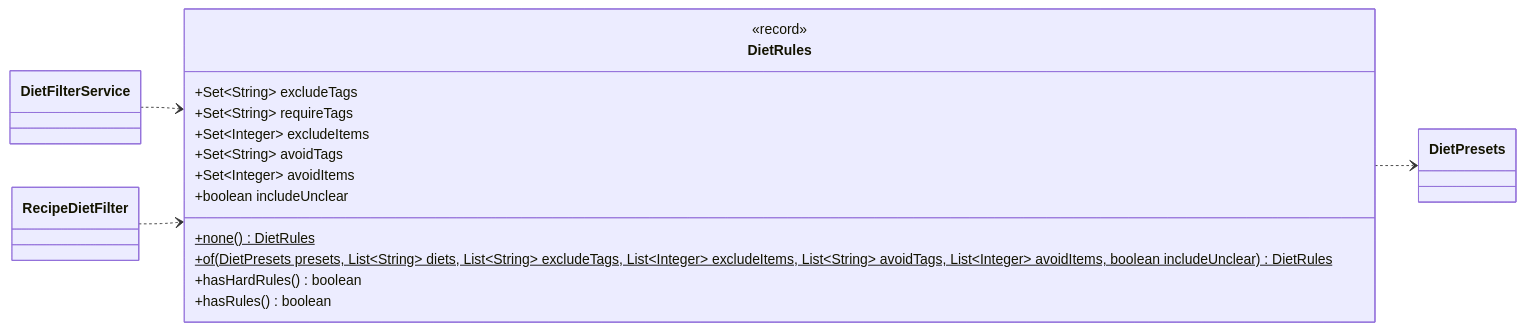
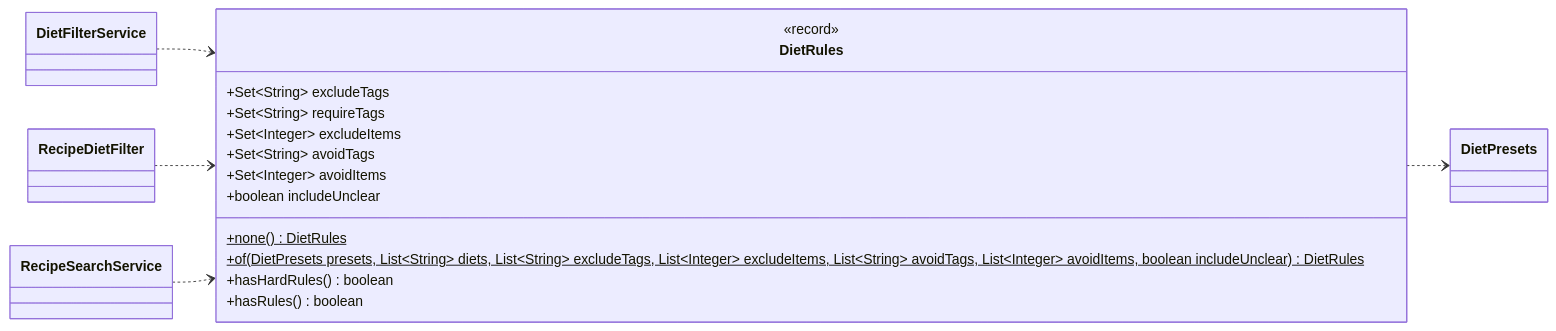
The eighth of 15 diagrams in docs/classes/diet.md (Nate-ryan-7690/dahaem), drawn with Mermaid before and after one commit. The commit also changed other lines of this file and 35 other files, not shown here.

First line of the commit message:
Recipe search and paging for GET /api/recipes

````diff
--- a/docs/classes/diet.md
+++ b/docs/classes/diet.md
@@ -322,23 +387,25 @@
 ```mermaid
 classDiagram
     direction LR
     class diet_DietRules["DietRules"] {
         <<record>>
         +Set~String~ excludeTags
         +Set~String~ requireTags
         +Set~Integer~ excludeItems
         +Set~String~ avoidTags
         +Set~Integer~ avoidItems
         +boolean includeUnclear
         +none() DietRules$
         +of(DietPresets presets, List~String~ diets, List~String~ excludeTags, List~Integer~ excludeItems, List~String~ avoidTags, List~Integer~ avoidItems, boolean includeUnclear) DietRules$
         +hasHardRules() boolean
         +hasRules() boolean
     }
     class diet_DietPresets["DietPresets"]
     class diet_DietFilterService["DietFilterService"]
     class diet_RecipeDietFilter["RecipeDietFilter"]
+    class mealplanner_RecipeSearchService["RecipeSearchService"]
     diet_DietRules ..> diet_DietPresets
     diet_DietFilterService ..> diet_DietRules
     diet_RecipeDietFilter ..> diet_DietRules
+    mealplanner_RecipeSearchService ..> diet_DietRules
 ```
````
